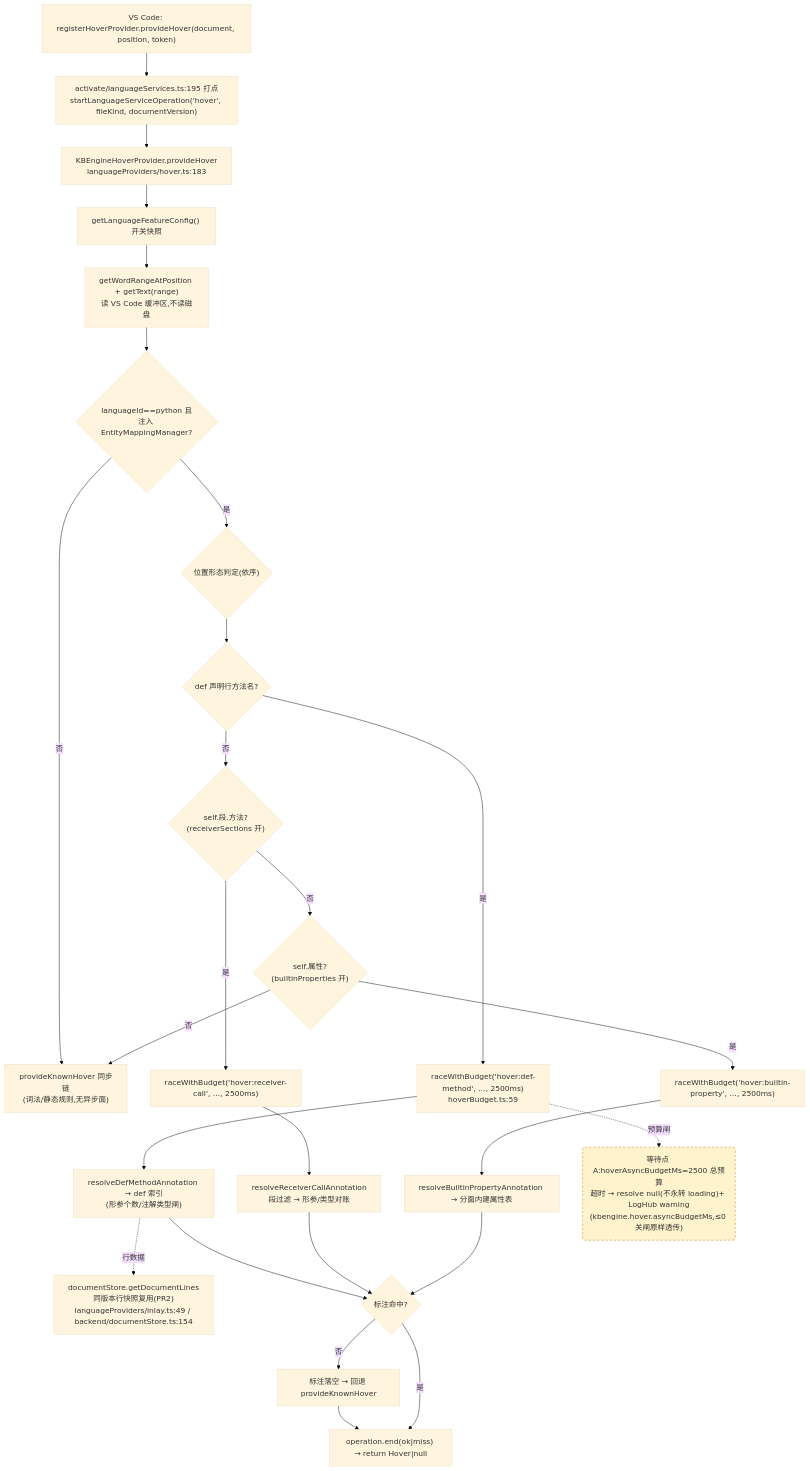
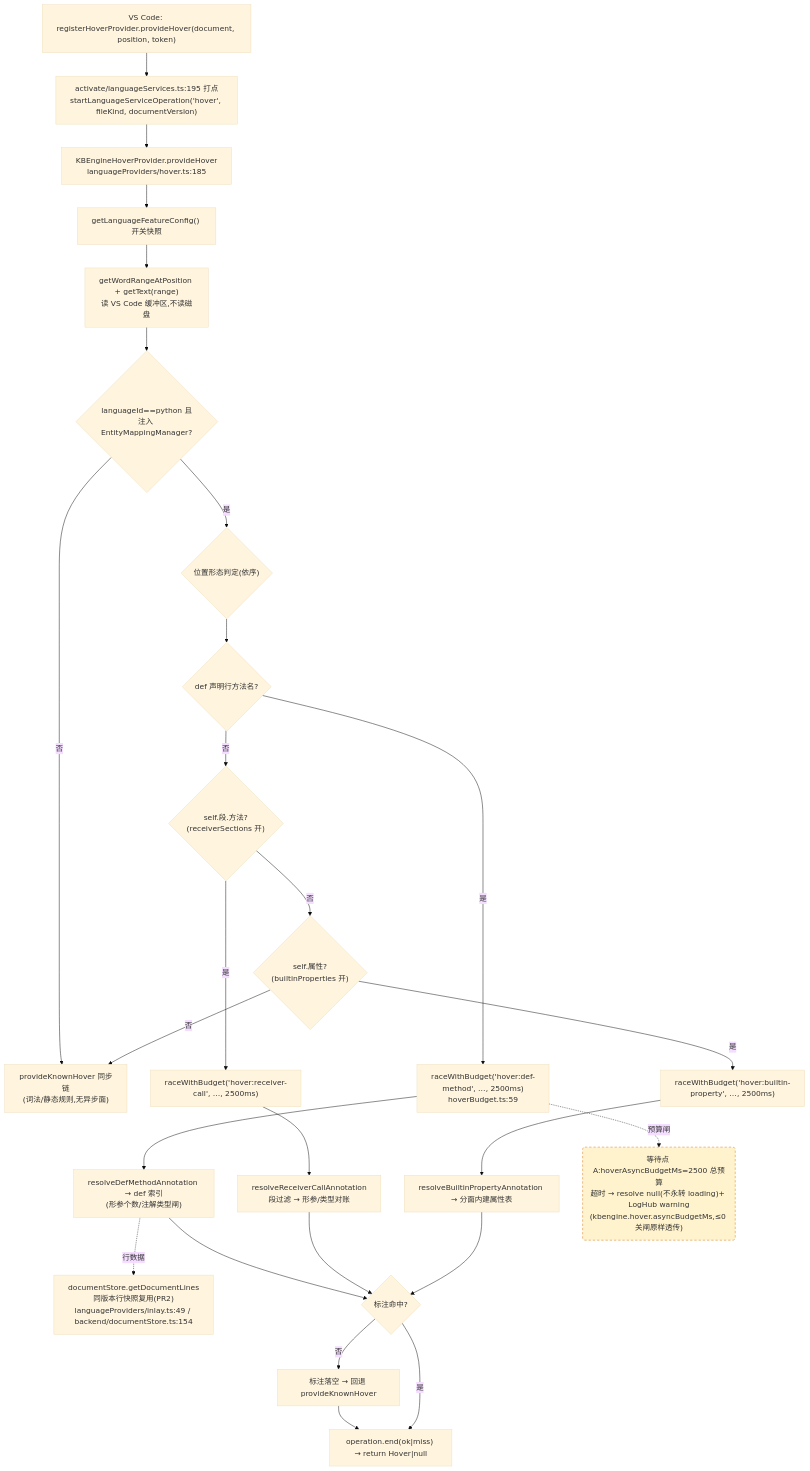
One commit to cuihairu/kode changed the first of 4 diagrams in docs/perf/2026-baseline.md. Above: the diagram before and after it, drawn with Mermaid (base theme). The commit also changed 5 other files, not shown here.

````diff
--- a/docs/perf/2026-baseline.md
+++ b/docs/perf/2026-baseline.md
@@ -82,45 +82,45 @@
 ```mermaid
 flowchart TD
   VC1["VS Code: registerHoverProvider.provideHover(document, position, token)"]
   M1["activate/languageServices.ts:195 打点<br/>startLanguageServiceOperation('hover', fileKind, documentVersion)"]
-  HP["KBEngineHoverProvider.provideHover<br/>languageProviders/hover.ts:183"]
+  HP["KBEngineHoverProvider.provideHover<br/>languageProviders/hover.ts:185"]
   CFG["getLanguageFeatureConfig() 开关快照"]
   WORD["getWordRangeAtPosition + getText(range)<br/>读 VS Code 缓冲区,不读磁盘"]
   BR{"languageId==python 且<br/>注入 EntityMappingManager?"}
   KN["provideKnownHover 同步链<br/>(词法/静态规则,无异步面)"]
   POS{"位置形态判定(依序)"}
   D1{"def 声明行方法名?"}
   D2{"self.段.方法?<br/>(receiverSections 开)"}
   D3{"self.属性?<br/>(builtinProperties 开)"}
   RA1["raceWithBudget('hover:def-method', …, 2500ms)<br/>hoverBudget.ts:59"]
   RA2["raceWithBudget('hover:receiver-call', …, 2500ms)"]
   RA3["raceWithBudget('hover:builtin-property', …, 2500ms)"]
   RS1["resolveDefMethodAnnotation → def 索引<br/>(形参个数/注解类型闸)"]
   RS2["resolveReceiverCallAnnotation<br/>段过滤 → 形参/类型对账"]
   RS3["resolveBuiltinPropertyAnnotation → 分面内建属性表"]
   LINES["documentStore.getDocumentLines<br/>同版本行快照复用(PR2)<br/>languageProviders/inlay.ts:49 / backend/documentStore.ts:154"]
   MISS["标注落空 → 回退 provideKnownHover"]
   END1["operation.end(ok|miss) → return Hover|null"]
 
   VC1 --> M1 --> HP --> CFG --> WORD --> BR
   BR -- "否" --> KN
   BR -- "是" --> POS --> D1
   D1 -- "是" --> RA1 --> RS1
   D1 -- "否" --> D2
   D2 -- "是" --> RA2 --> RS2
   D2 -- "否" --> D3
   D3 -- "是" --> RA3 --> RS3
   D3 -- "否" --> KN
   RS1 --> HIT{"标注命中?"}
   RS2 --> HIT
   RS3 --> HIT
   RS1 -.->|行数据| LINES
   HIT -- "否" --> MISS --> END1
   HIT -- "是" --> END1
 
   WAITA("等待点 A:hoverAsyncBudgetMs=2500 总预算<br/>超时 → resolve null(不永转 loading)+ LogHub warning<br/>(kbengine.hover.asyncBudgetMs,≤0 关闸原样透传)")
   RA1 -.->|预算闸| WAITA
 
   classDef waitPoint fill:#fff3cd,stroke:#d97706,stroke-dasharray:5 4;
   class WAITA waitPoint;
 ```
````
